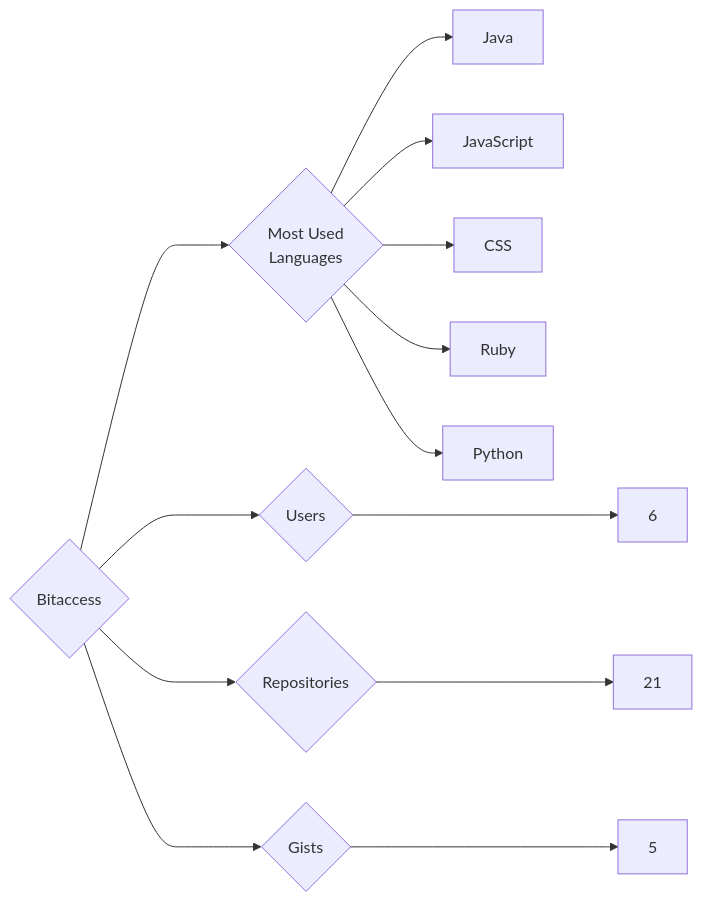
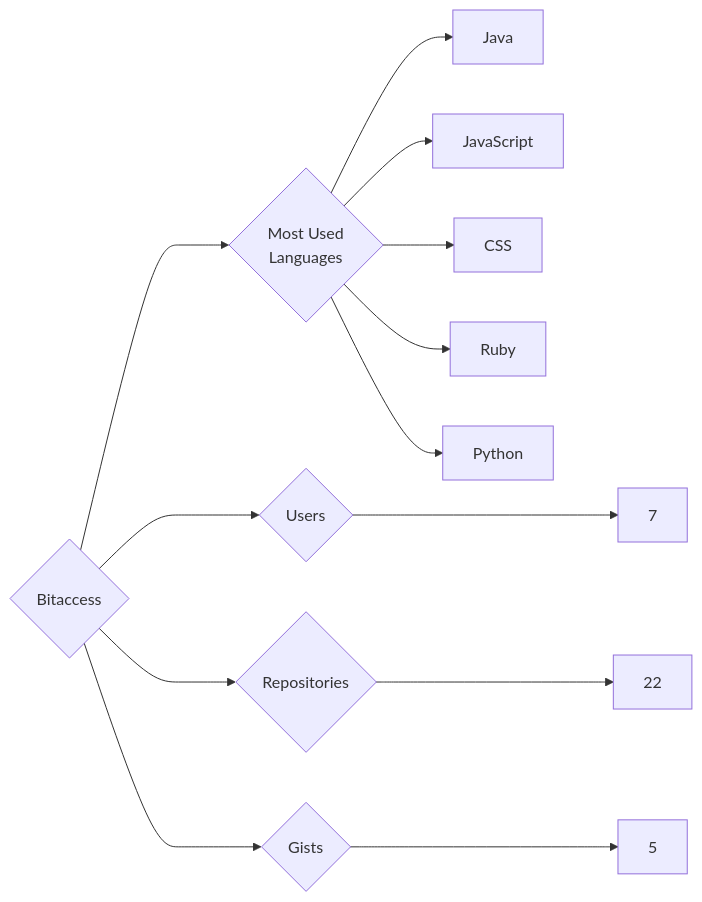
Before and after one commit to trickest/insiders: the diagram in targets/Bitaccess/README.md, drawn with Mermaid. The commit also changed 776 other files, not shown here.

````diff
--- a/targets/Bitaccess/README.md
+++ b/targets/Bitaccess/README.md
@@ -3,13 +3,13 @@
 ```mermaid
 graph LR
 COMPANY_NAME{Bitaccess}
-COMPANY_NAME ---> U{Users} ---> UN[6]
-COMPANY_NAME ---> R{Repositories} ---> RN[21]
+COMPANY_NAME ---> U{Users} ---> UN[7]
+COMPANY_NAME ---> R{Repositories} ---> RN[22]
 COMPANY_NAME ---> G{Gists} ---> GN[5]
 COMPANY_NAME ---> ML{Most Used<br>Languages}
 ML --> Java[Java]
 ML --> JavaScript[JavaScript]
 ML --> CSS[CSS]
 ML --> Ruby[Ruby]
 ML --> Python[Python]
 ```
````
